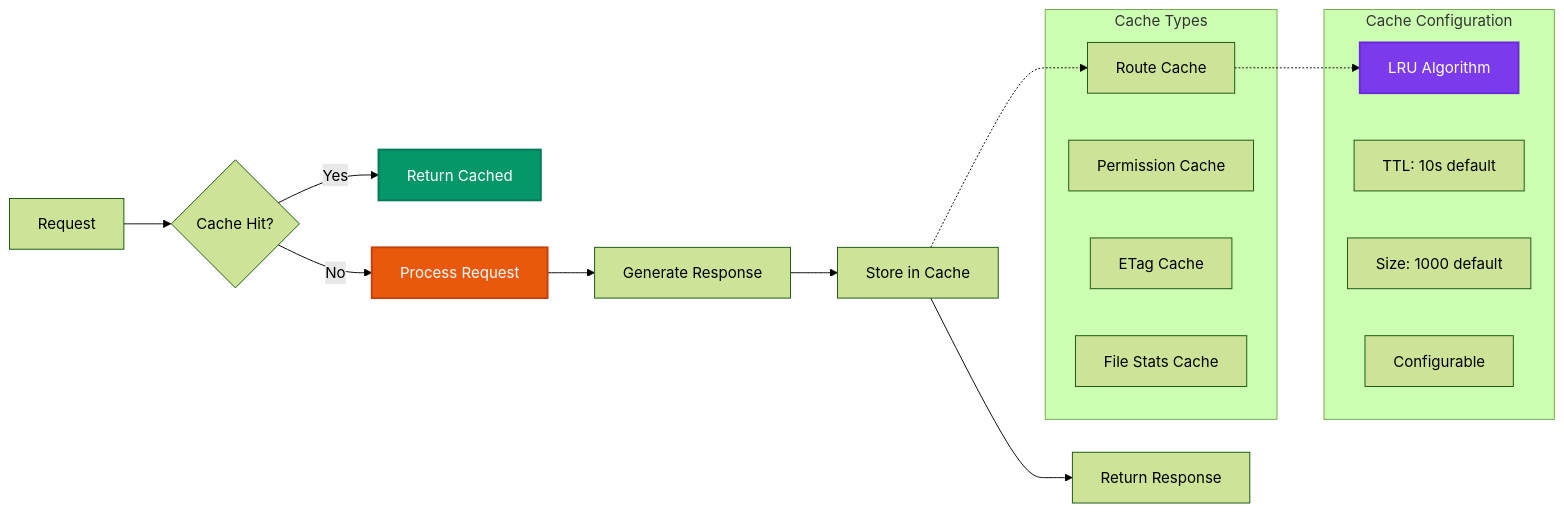
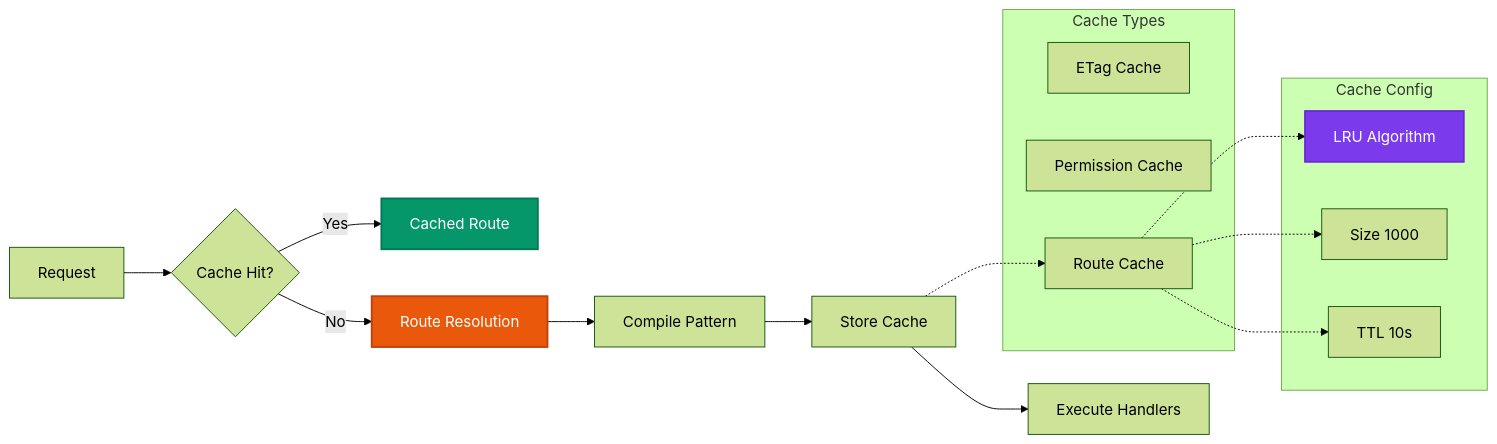
One commit to avoidwork/woodland changed the fifth of 9 diagrams in docs/TECHNICAL_DOCUMENTATION.md. Above: the diagram before and after it, drawn with Mermaid (forest theme). The commit also changed other lines of this file and 74 other files, not shown here.

````diff
--- a/docs/TECHNICAL_DOCUMENTATION.md
+++ b/docs/TECHNICAL_DOCUMENTATION.md
@@ -241,31 +316,31 @@
 ```mermaid
 graph LR
     A[Request] --> B{Cache Hit?}
-    B -->|Yes| C[Return Cached]
-    B -->|No| D[Process Request]
-    
-    D --> E[Generate Response]
-    E --> F[Store in Cache]
-    F --> G[Return Response]
-    
+    B -->|Yes| C[Cached Route]
+    B -->|No| D[Route Resolution]
+
+    D --> E[Compile Pattern]
+    E --> F[Store Cache]
+    F --> G[Execute Handlers]
+
     subgraph "Cache Types"
-        H[Route Cache]
+        H[ETag Cache]
         I[Permission Cache]
-        J[ETag Cache]
-        K[File Stats Cache]
+        J[Route Cache]
     end
-    
-    subgraph "Cache Configuration"
-        L[LRU Algorithm]
-        M[TTL: 10s default]
-        N[Size: 1000 default]
-        O[Configurable]
+
+    subgraph "Cache Config"
+        K[LRU Algorithm]
+        L[Size 1000]
+        M[TTL 10s]
     end
-    
-    F -.-> H
-    H -.-> L
-    
+
+    F -.-> J
+    J -.-> K
+    J -.-> L
+    J -.-> M
+
     style C fill:#059669,stroke:#047857,stroke-width:2px,color:#ffffff
     style D fill:#ea580c,stroke:#c2410c,stroke-width:2px,color:#ffffff
-    style L fill:#7c3aed,stroke:#6d28d9,stroke-width:2px,color:#ffffff
+    style K fill:#7c3aed,stroke:#6d28d9,stroke-width:2px,color:#ffffff
 ```
````
